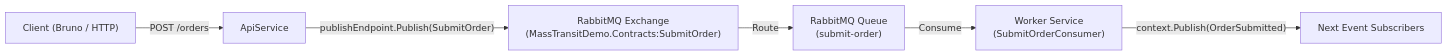
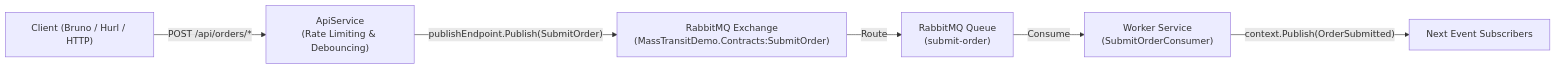
Before and after one commit to boogster23/MassTransitDemo: the diagram in README.md, drawn with Mermaid. The commit also changed other lines of this file and 15 other files, not shown here.

Commit message:
Added Rate Limiting and Debouncer demos

````diff
--- a/README.md
+++ b/README.md
@@ -9,8 +9,8 @@
 ```mermaid
 flowchart LR
-    Client["Client (Bruno / HTTP)"] -->|"POST /orders"| API["ApiService"]
+    Client["Client (Bruno / Hurl / HTTP)"] -->|"POST /api/orders/*"| API["ApiService<br/>(Rate Limiting & Debouncing)"]
     API -->|"publishEndpoint.Publish(SubmitOrder)"| RMQ_EX["RabbitMQ Exchange<br/>(MassTransitDemo.Contracts:SubmitOrder)"]
     RMQ_EX -->|"Route"| RMQ_Q["RabbitMQ Queue<br/>(submit-order)"]
     RMQ_Q -->|"Consume"| Worker["Worker Service<br/>(SubmitOrderConsumer)"]
     Worker -->|"context.Publish(OrderSubmitted)"| NextEvent["Next Event Subscribers"]
 ```
````
